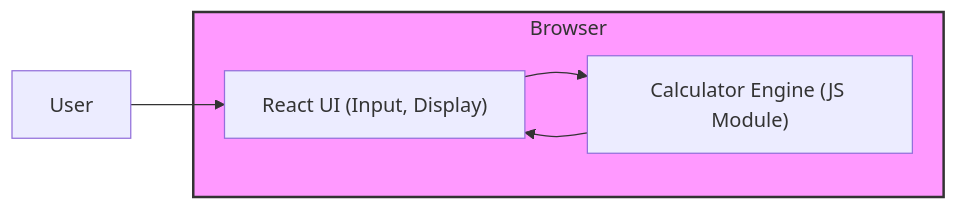
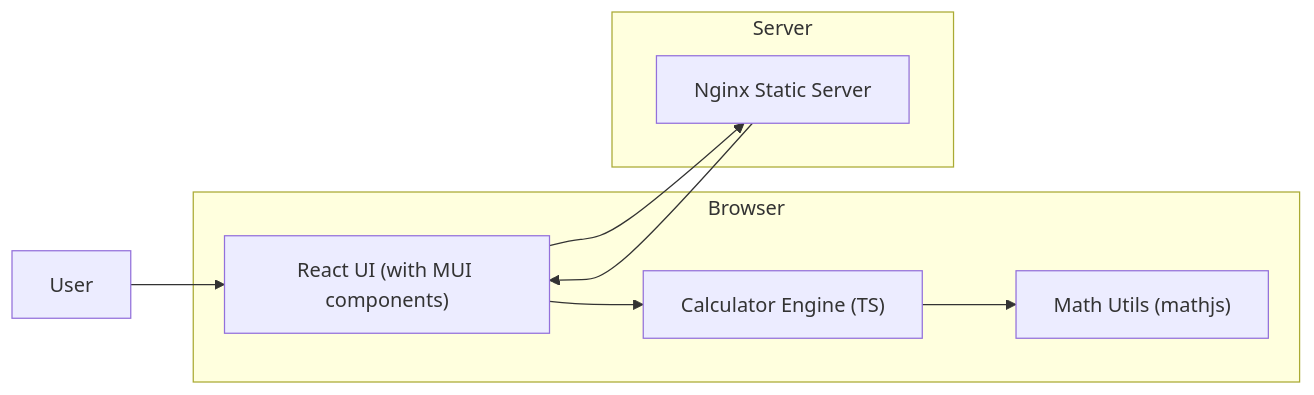
Before and after one commit to ErezKon/AgenticDevTeam: the diagram in generated-projects/simplecalculator/docs/agents/architect-mission.md, drawn with Mermaid. The commit also changed other lines of this file, not shown here.

````diff
--- a/generated-projects/simplecalculator/docs/agents/architect-mission.md
+++ b/generated-projects/simplecalculator/docs/agents/architect-mission.md
@@ -38,11 +41,16 @@
 ```mermaid
 flowchart LR
     subgraph Browser
-        UI["React UI (Input, Display)"]
-        Engine["Calculator Engine (JS Module)"]
+        UI["React UI (with MUI components)"]
+        Engine["Calculator Engine (TS)"]
+        MathUtils["Math Utils (mathjs)"]
+    end
+    subgraph Server
+        Nginx["Nginx Static Server"]
     end
     User["User"] --> UI
     UI --> Engine
-    Engine --> UI
-    style Browser fill:#f9f,stroke:#333,stroke-width:2px
+    Engine --> MathUtils
+    UI --> Nginx
+    Nginx --> UI
 ```
````
